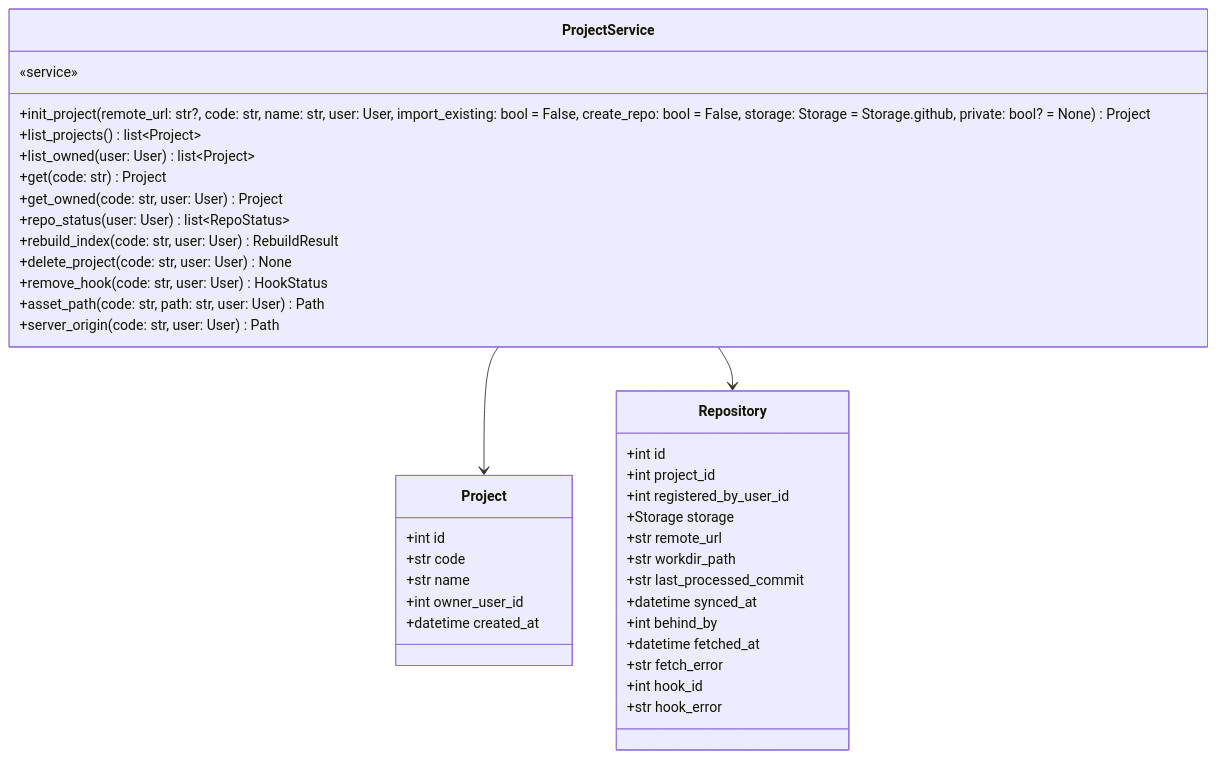
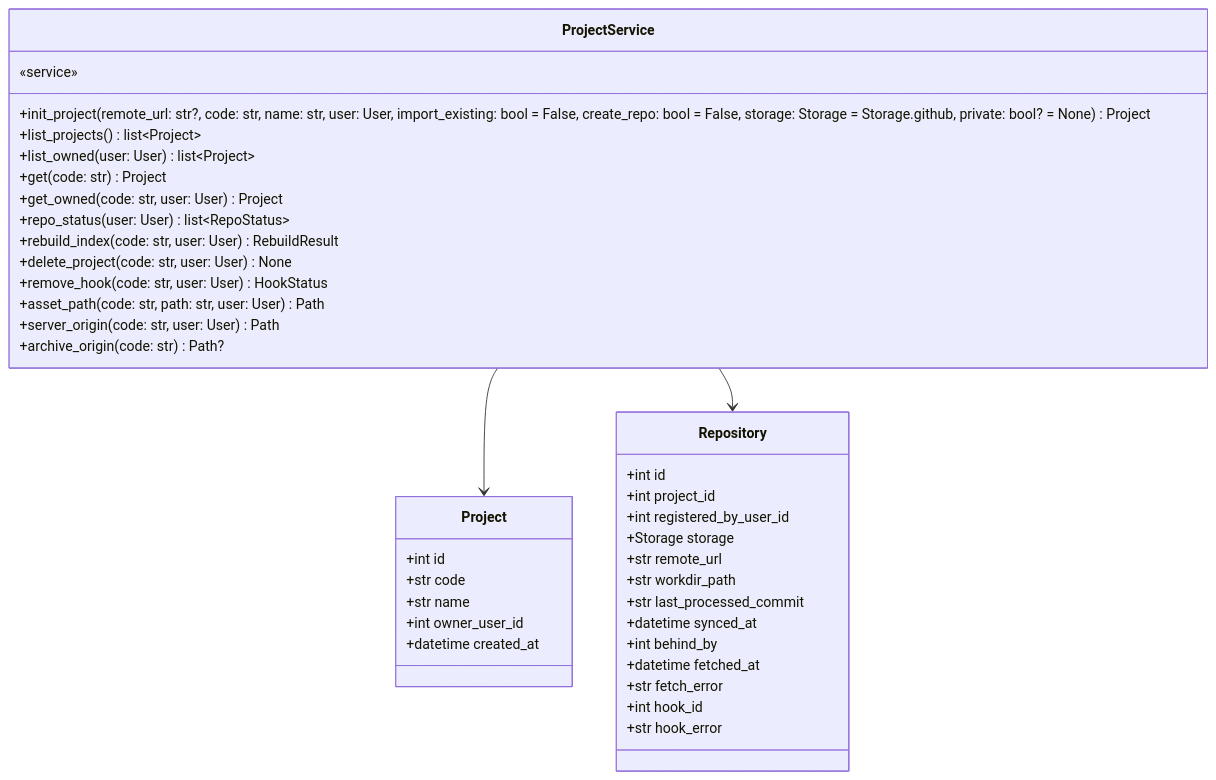
Before and after one commit to HoyoungParkme/syncdoc: diagram 17 of 22 in docs/specs/06-DOM/SYNC-DOM-002.md, drawn with Mermaid. The commit also changed other lines of this file and 23 other files, not shown here.

````diff
--- a/docs/specs/06-DOM/SYNC-DOM-002.md
+++ b/docs/specs/06-DOM/SYNC-DOM-002.md
@@ -717,41 +718,42 @@
 ```mermaid
 classDiagram
     class ProjectService {
         «service»
         +init_project(remote_url: str?, code: str, name: str, user: User, import_existing: bool = False, create_repo: bool = False, storage: Storage = Storage.github, private: bool? = None) Project
         +list_projects() list~Project~
         +list_owned(user: User) list~Project~
         +get(code: str) Project
         +get_owned(code: str, user: User) Project
         +repo_status(user: User) list~RepoStatus~
         +rebuild_index(code: str, user: User) RebuildResult
         +delete_project(code: str, user: User) None
         +remove_hook(code: str, user: User) HookStatus
         +asset_path(code: str, path: str, user: User) Path
         +server_origin(code: str, user: User) Path
+        +archive_origin(code: str) Path?
     }
     class Project {
         +int id
         +str code
         +str name
         +int owner_user_id
         +datetime created_at
     }
     class Repository {
         +int id
         +int project_id
         +int registered_by_user_id
         +Storage storage
         +str remote_url
         +str workdir_path
         +str last_processed_commit
         +datetime synced_at
         +int behind_by
         +datetime fetched_at
         +str fetch_error
         +int hook_id
         +str hook_error
     }
     ProjectService --> Project
     ProjectService --> Repository
 ```
````
